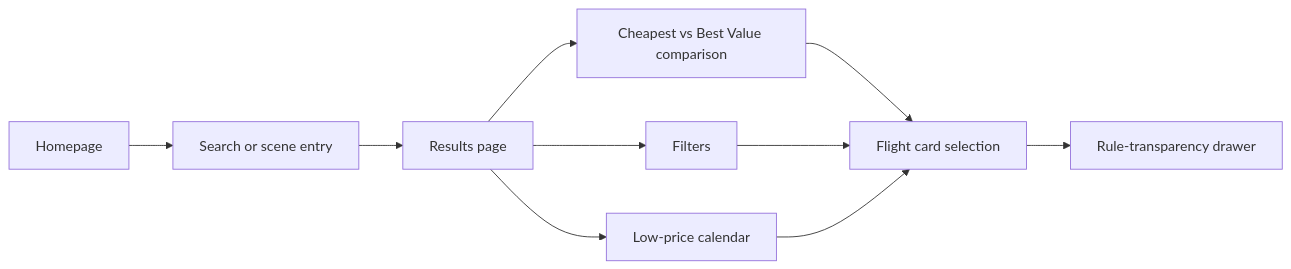
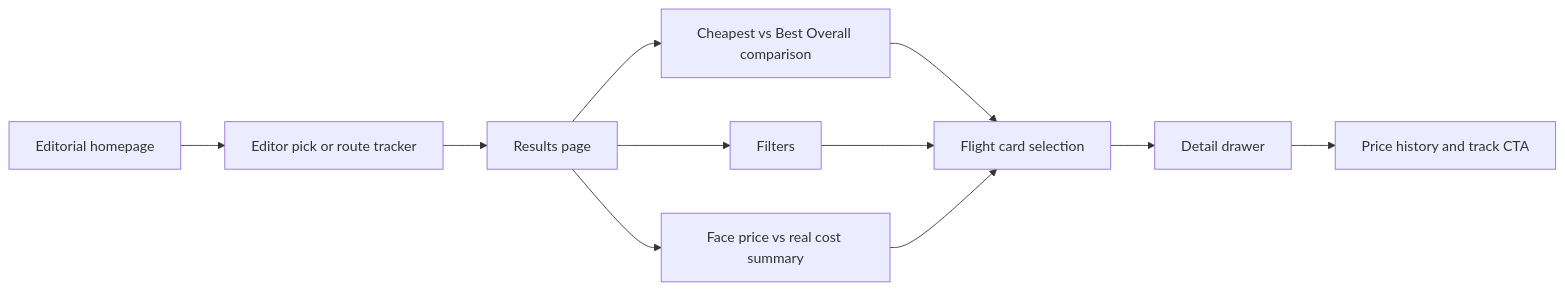
One commit to liu-dongfang/flight-deal-finder-showcase changed the first of 2 diagrams in docs/architecture.md. Above: the diagram before and after it, drawn with Mermaid. The commit also changed other lines of this file and 11 other files, not shown here.

````diff
--- a/docs/architecture.md
+++ b/docs/architecture.md
@@ -14,12 +15,13 @@
 ```mermaid
 flowchart LR
-    H["Homepage"] --> S["Search or scene entry"]
+    H["Editorial homepage"] --> S["Editor pick or route tracker"]
     S --> R["Results page"]
-    R --> C["Cheapest vs Best Value comparison"]
+    R --> C["Cheapest vs Best Overall comparison"]
     R --> F["Filters"]
-    R --> K["Low-price calendar"]
+    R --> T["Face price vs real cost summary"]
     C --> D["Flight card selection"]
     F --> D
-    K --> D
-    D --> L["Rule-transparency drawer"]
+    T --> D
+    D --> L["Detail drawer"]
+    L --> P["Price history and track CTA"]
 ```
````
